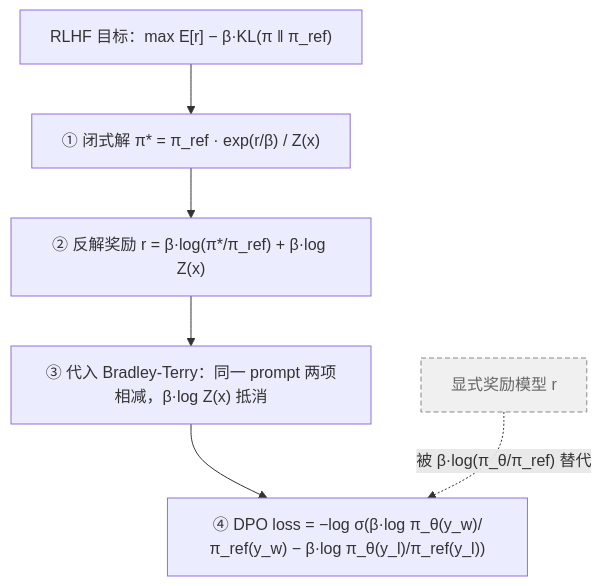
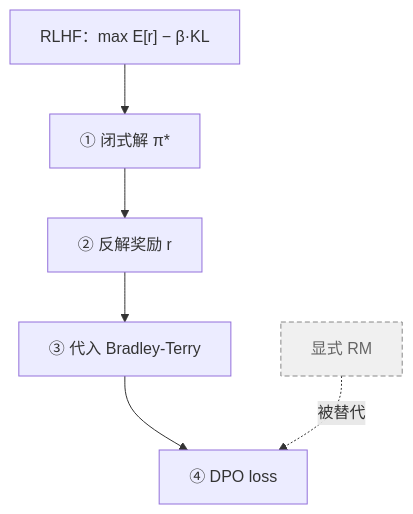
One commit to arganzheng/arganzheng.github.com changed the fifth of 7 diagrams in slides/2026-04-23-post-training.md. Above: the diagram before and after it, drawn with Mermaid. The commit also changed other lines of this file, not shown here.

Commit message:
slides/post-training: cut/shorten mermaid diagrams below 14px rendered text (check-render smalltext/overlap)

````diff
--- a/slides/2026-04-23-post-training.md
+++ b/slides/2026-04-23-post-training.md
@@ -166,11 +166,11 @@
 ```mermaid
 %%{init: {"flowchart": {"wrappingWidth": 300}}}%%
 flowchart TB
-    A["RLHF 目标：max E[r] − β·KL(π ‖ π_ref)"] --> B["① 闭式解 π* = π_ref · exp(r/β) / Z(x)"]
-    B --> C["② 反解奖励 r = β·log(π*/π_ref) + β·log Z(x)"]
-    C --> D["③ 代入 Bradley-Terry：同一 prompt 两项相减，β·log Z(x) 抵消"]
-    D --> E["④ DPO loss = −log σ(β·log π_θ(y_w)/π_ref(y_w) − β·log π_θ(y_l)/π_ref(y_l))"]
-    RM["显式奖励模型 r"] -. "被 β·log(π_θ/π_ref) 替代" .-> E
+    A["RLHF：max E[r] − β·KL"] --> B["① 闭式解 π*"]
+    B --> C["② 反解奖励 r"]
+    C --> D["③ 代入 Bradley-Terry"]
+    D --> E["④ DPO loss"]
+    RM["显式 RM"] -. "被替代" .-> E
     classDef gone fill:#f0f0f0,stroke:#888,stroke-dasharray:5 3,color:#666
     class RM gone
 ```
````
